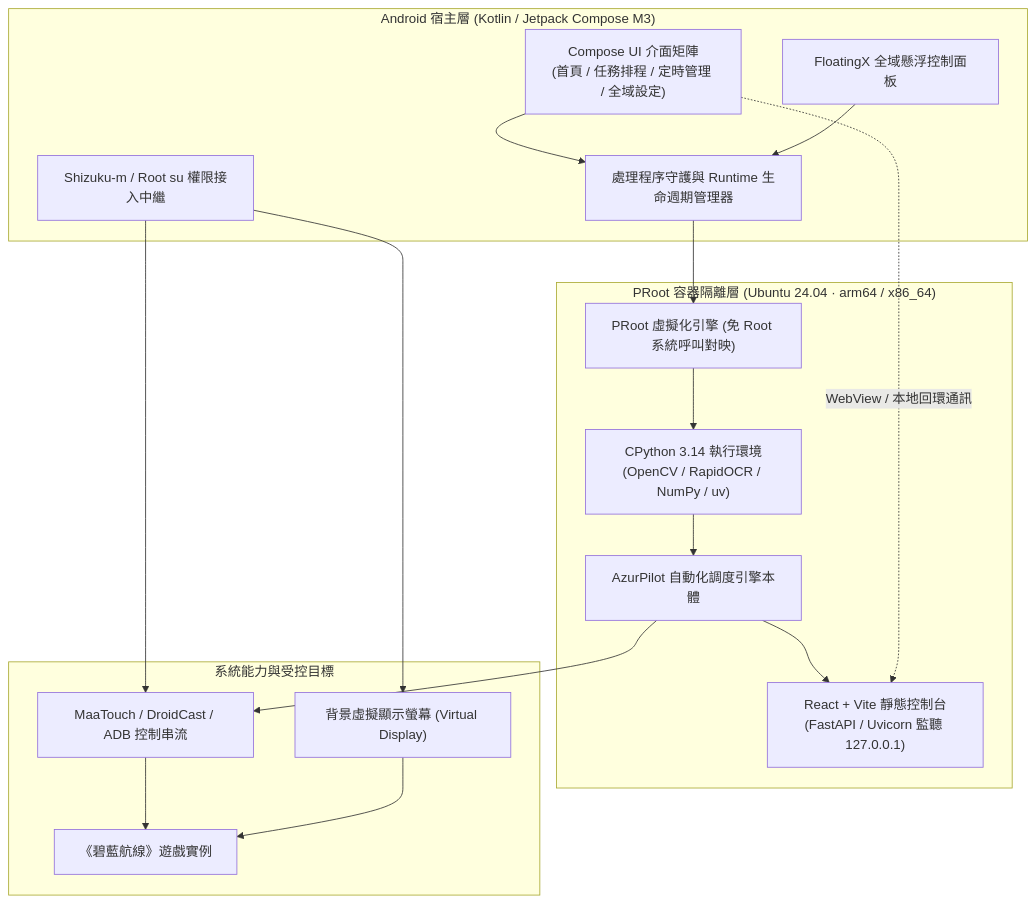
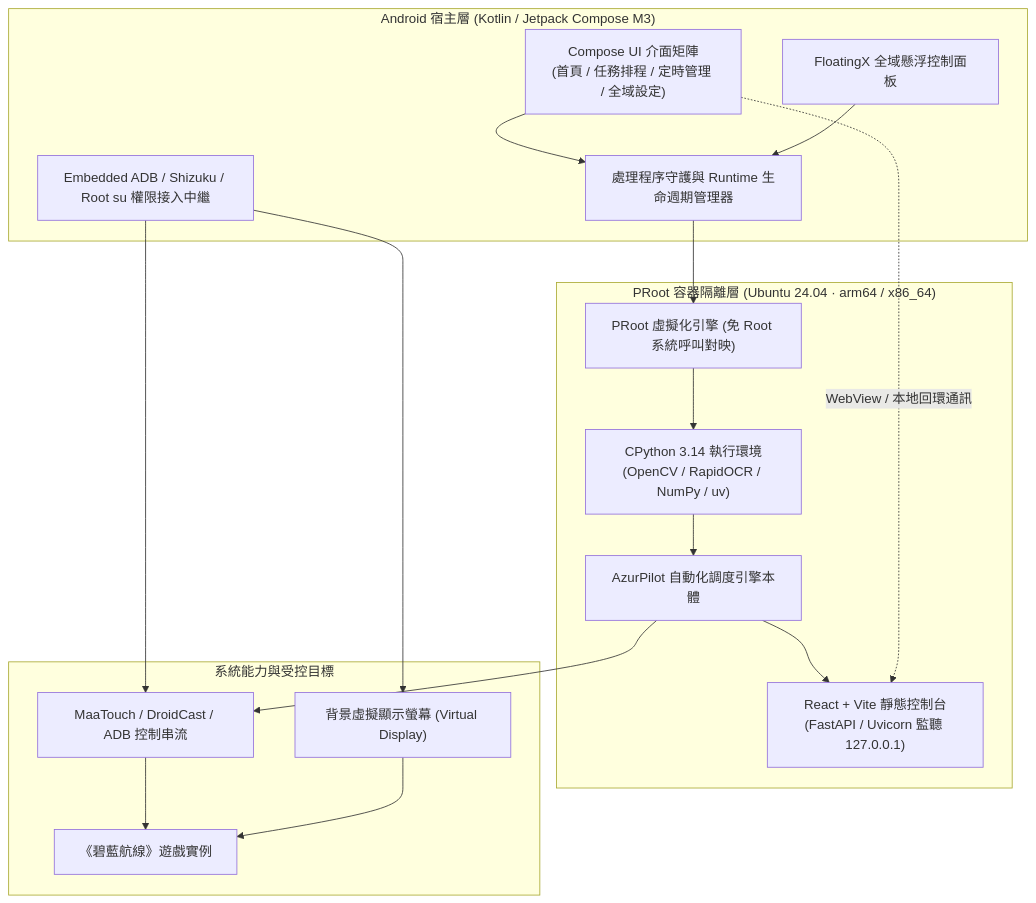
One commit to 58383050/AzurPilot-for-Android changed the diagram in README_zh-TW.md. Above: the diagram before and after it, drawn with Mermaid. The commit also changed other lines of this file and 45 other files, not shown here.

````diff
--- a/README_zh-TW.md
+++ b/README_zh-TW.md
@@ -306,35 +306,35 @@
 ```mermaid
 graph TD
     subgraph AndroidHost ["Android 宿主層 (Kotlin / Jetpack Compose M3)"]
         UI["Compose UI 介面矩陣\n(首頁 / 任務排程 / 定時管理 / 全域設定)"]
         Overlay["FloatingX 全域懸浮控制面板"]
         Lifecycle["處理程序守護與 Runtime 生命週期管理器"]
-        Bridge["Shizuku-m / Root su 權限接入中繼"]
+        Bridge["Embedded ADB / Shizuku / Root su 權限接入中繼"]
     end
 
     subgraph Container ["PRoot 容器隔離層 (Ubuntu 24.04 · arm64 / x86_64)"]
         PROOT["PRoot 虛擬化引擎 (免 Root 系統呼叫對映)"]
         ENV["CPython 3.14 執行環境\n(OpenCV / RapidOCR / NumPy / uv)"]
         CORE["AzurPilot 自動化調度引擎本體"]
         WEB["React + Vite 靜態控制台\n(FastAPI / Uvicorn 監聽 127.0.0.1)"]
     end
 
     subgraph DeviceTarget ["系統能力與受控目標"]
         VDisplay["背景虛擬顯示螢幕 (Virtual Display)"]
         InputService["MaaTouch / DroidCast / ADB 控制串流"]
         GameApp["《碧藍航線》遊戲實例"]
     end
 
     UI --> Lifecycle
     Overlay --> Lifecycle
     Lifecycle --> PROOT
     PROOT --> ENV
     ENV --> CORE
     CORE --> WEB
     UI -. "WebView / 本地回環通訊" .-> WEB
     Bridge --> InputService
     Bridge --> VDisplay
     InputService --> GameApp
     VDisplay --> GameApp
     CORE --> InputService
 ```
````
